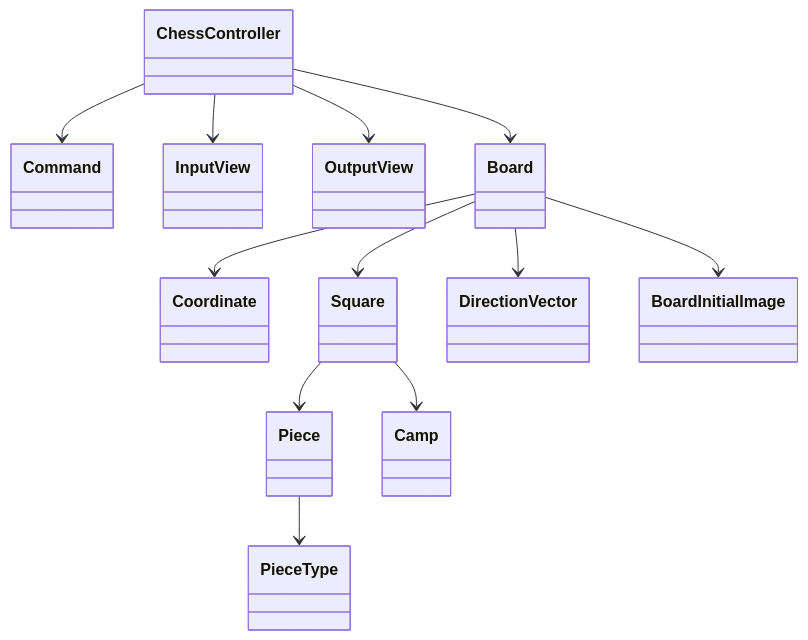
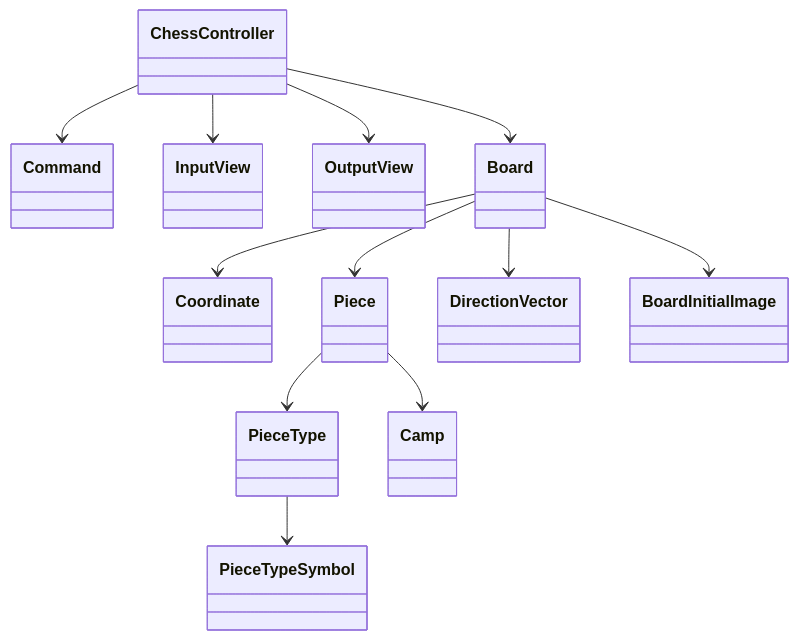
Before and after one commit to woowacourse/java-chess: the diagram in README.md, drawn with Mermaid.

Commit message:
docs: 클래스 다이어그램 최신화

````diff
--- a/README.md
+++ b/README.md
@@ -60,14 +60,14 @@
 ```mermaid
 classDiagram
   ChessController --> Command
   ChessController --> InputView
   ChessController --> OutputView
   ChessController --> Board
   Board --> Coordinate
-  Board --> Square
+  Board --> Piece
   Board --> DirectionVector
   Board --> BoardInitialImage
-  Square --> Piece
-  Square --> Camp
   Piece --> PieceType
+  Piece --> Camp
+  PieceType --> PieceTypeSymbol
 ```
````
